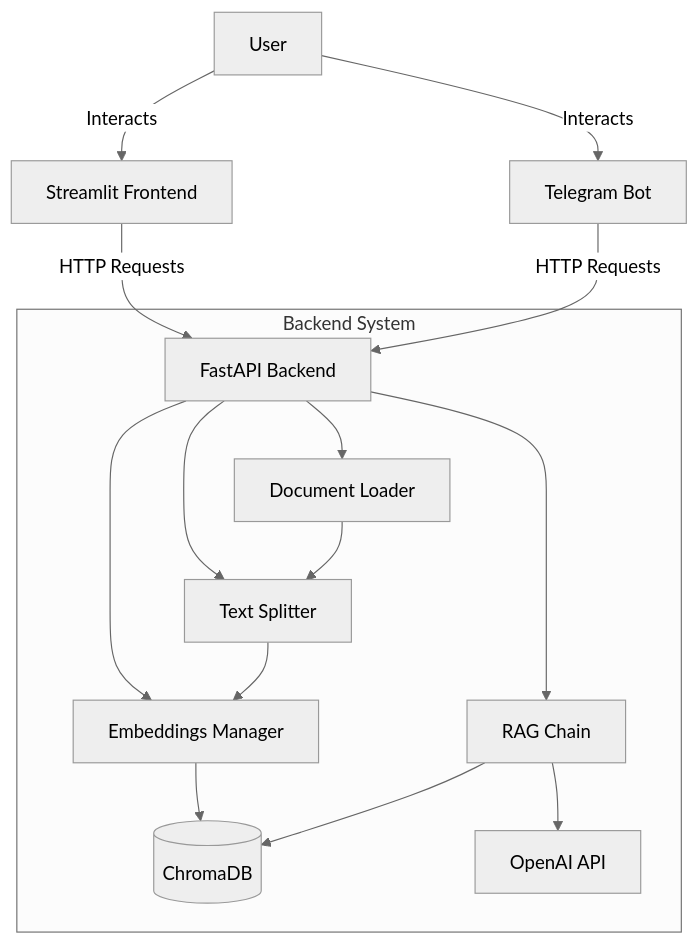
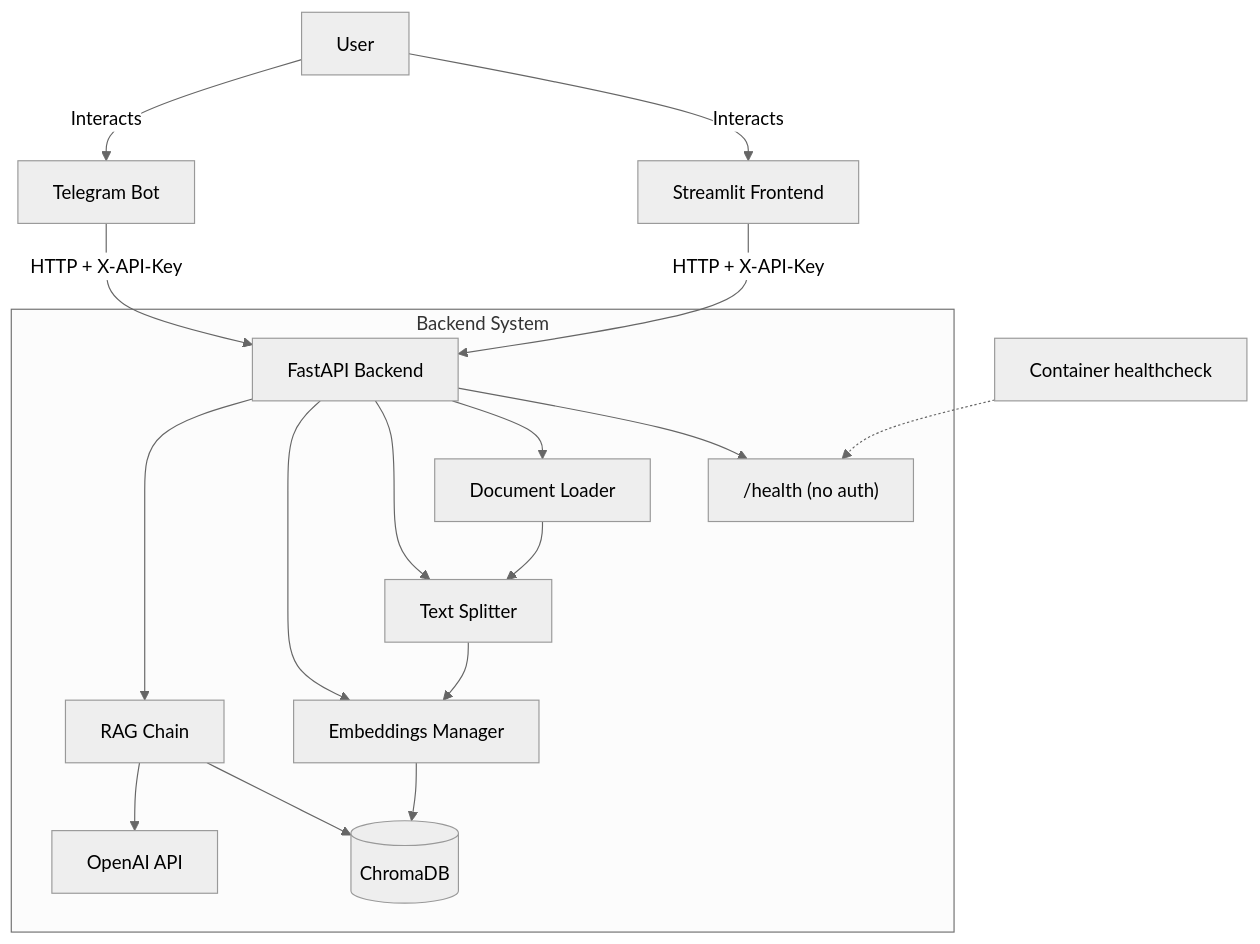
Before and after one commit to Modern-Messiah/Multi-language-RAG-Document-Assistant: the diagram in DOCUMENTATION.md, drawn with Mermaid (neutral theme). The commit also changed other lines of this file and 33 other files, not shown here.

````diff
--- a/DOCUMENTATION.md
+++ b/DOCUMENTATION.md
@@ -21,20 +26,23 @@
 ```mermaid
 graph TD
     User[User] -->|Interacts| UI[Streamlit Frontend]
     User -->|Interacts| Bot[Telegram Bot]
-    UI -->|HTTP Requests| API[FastAPI Backend]
-    Bot -->|HTTP Requests| API
-    
+    UI -->|HTTP + X-API-Key| API[FastAPI Backend]
+    Bot -->|HTTP + X-API-Key| API
+
     subgraph "Backend System"
+        API --> Health["/health (no auth)"]
         API --> Loader[Document Loader]
         API --> Chunker[Text Splitter]
         API --> Embed[Embeddings Manager]
         API --> Chain[RAG Chain]
-        
+
         Loader --> Chunker
         Chunker --> Embed
         Embed --> VectorDB[(ChromaDB)]
         Chain --> VectorDB
         Chain --> LLM[OpenAI API]
     end
+
+    Probe[Container healthcheck] -.-> Health
 ```
````
